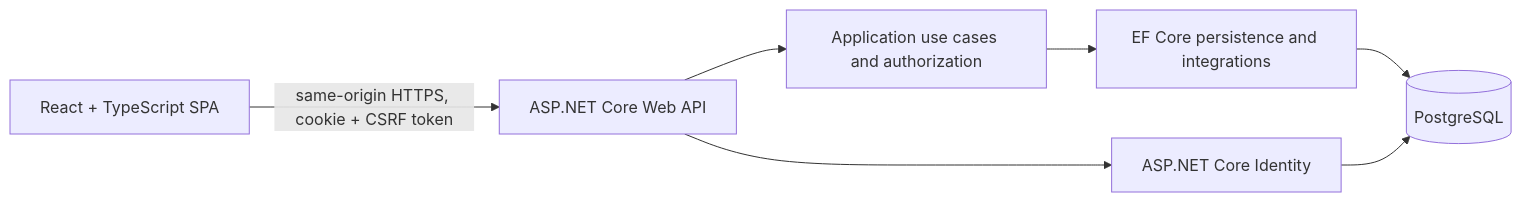
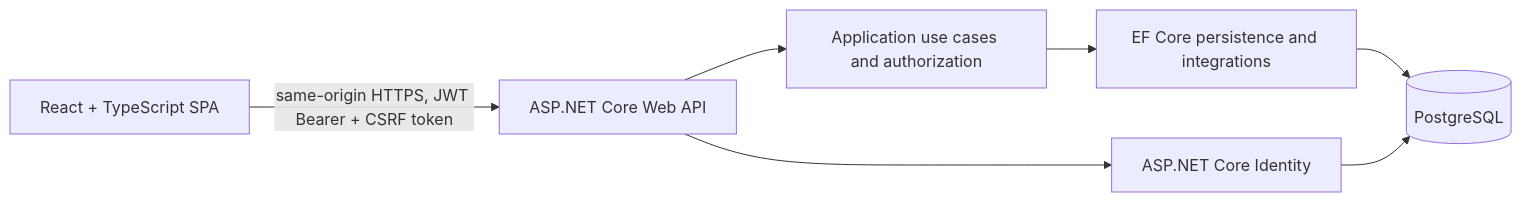
The diagram in docs/architecture.md (HoangSon03/PreschoolConnect), drawn with Mermaid before and after one commit. The commit also changed other lines of this file and 29 other files, not shown here.

````diff
--- a/docs/architecture.md
+++ b/docs/architecture.md
@@ -9,9 +9,9 @@
 ```mermaid
 flowchart LR
-  Browser["React + TypeScript SPA"] -->|"same-origin HTTPS, cookie + CSRF token"| API["ASP.NET Core Web API"]
+  Browser["React + TypeScript SPA"] -->|"same-origin HTTPS, JWT Bearer + CSRF token"| API["ASP.NET Core Web API"]
   API --> App["Application use cases and authorization"]
   App --> Infra["EF Core persistence and integrations"]
   Infra --> DB[("PostgreSQL")]
   API --> Identity["ASP.NET Core Identity"]
   Identity --> DB
 ```
````
